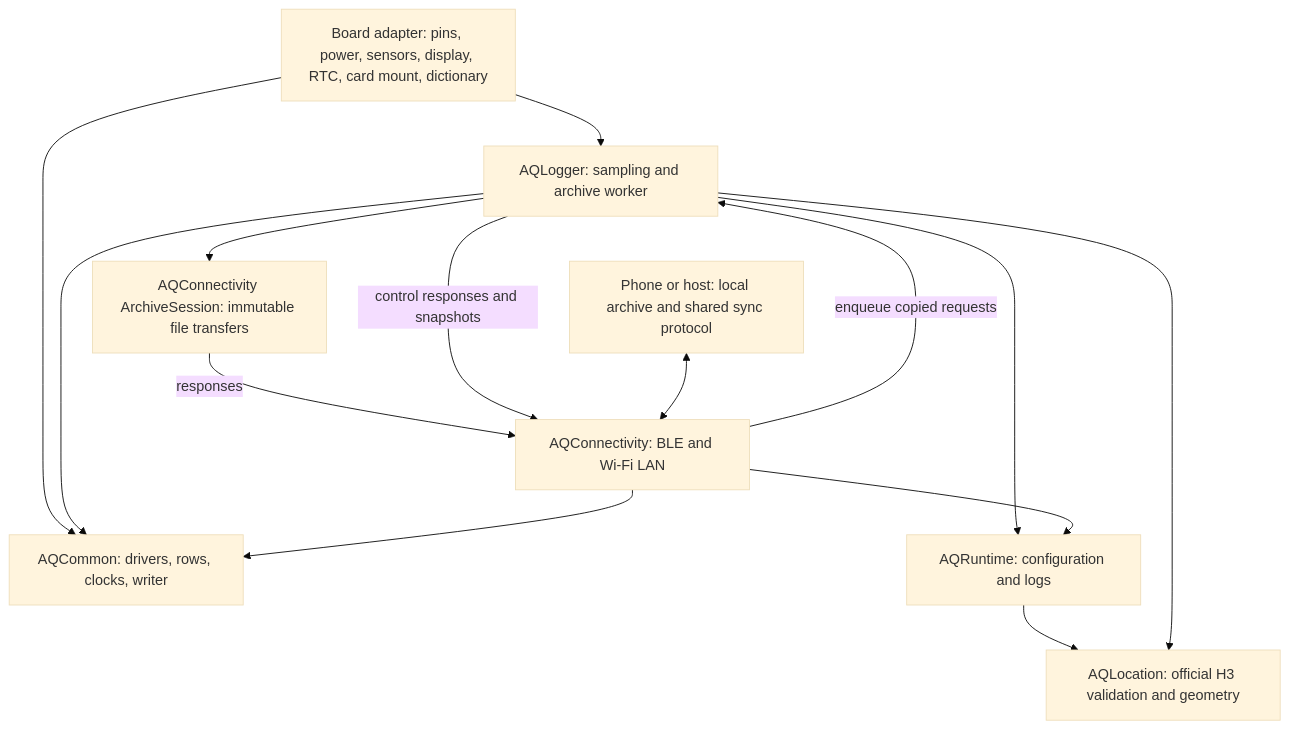
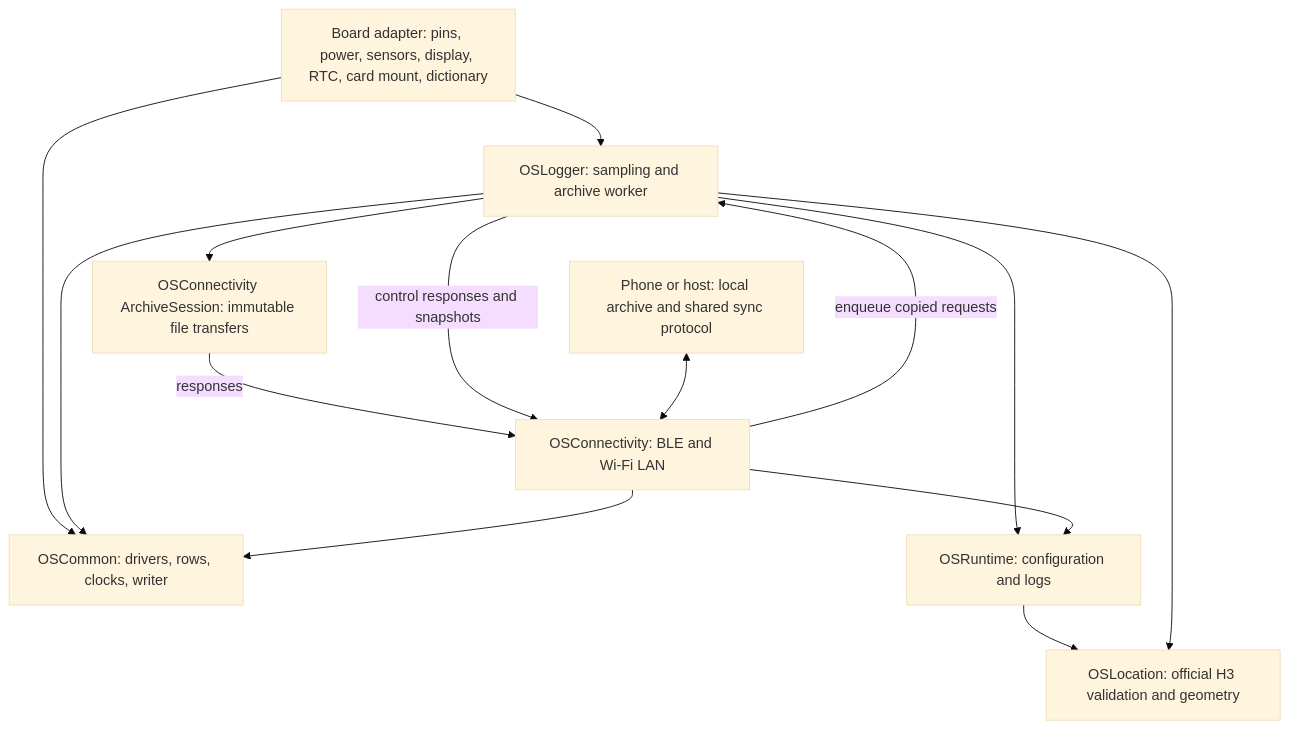
One commit to walkthru-earth/aq-parquet changed the diagram in firmware/common/README.md. Above: the diagram before and after it, drawn with Mermaid (base theme). The commit also changed other lines of this file and 185 other files, not shown here.

````diff
--- a/firmware/common/README.md
+++ b/firmware/common/README.md
@@ -32,16 +32,16 @@
 ```mermaid
 flowchart TD
-  Board[Board adapter: pins, power, sensors, display, RTC, card mount, dictionary] --> Logger[AQLogger: sampling and archive worker]
-  Board --> Base[AQCommon: drivers, rows, clocks, writer]
+  Board[Board adapter: pins, power, sensors, display, RTC, card mount, dictionary] --> Logger[OSLogger: sampling and archive worker]
+  Board --> Base[OSCommon: drivers, rows, clocks, writer]
   Logger --> Base
-  Logger --> Runtime[AQRuntime: configuration and logs]
-  Radio[AQConnectivity: BLE and Wi-Fi LAN] -->|enqueue copied requests| Logger
-  Logger --> Archive[AQConnectivity ArchiveSession: immutable file transfers]
+  Logger --> Runtime[OSRuntime: configuration and logs]
+  Radio[OSConnectivity: BLE and Wi-Fi LAN] -->|enqueue copied requests| Logger
+  Logger --> Archive[OSConnectivity ArchiveSession: immutable file transfers]
   Archive -->|responses| Radio
   Logger -->|control responses and snapshots| Radio
   Radio --> Base
   Radio --> Runtime
-  Runtime --> Location[AQLocation: official H3 validation and geometry]
+  Runtime --> Location[OSLocation: official H3 validation and geometry]
   Logger --> Location
   Phone[Phone or host: local archive and shared sync protocol] <--> Radio
 ```
````
